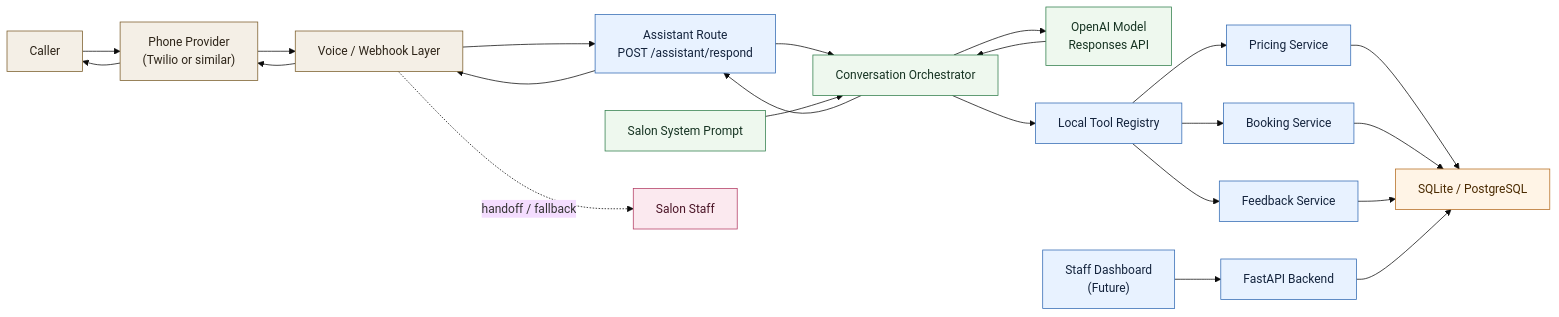
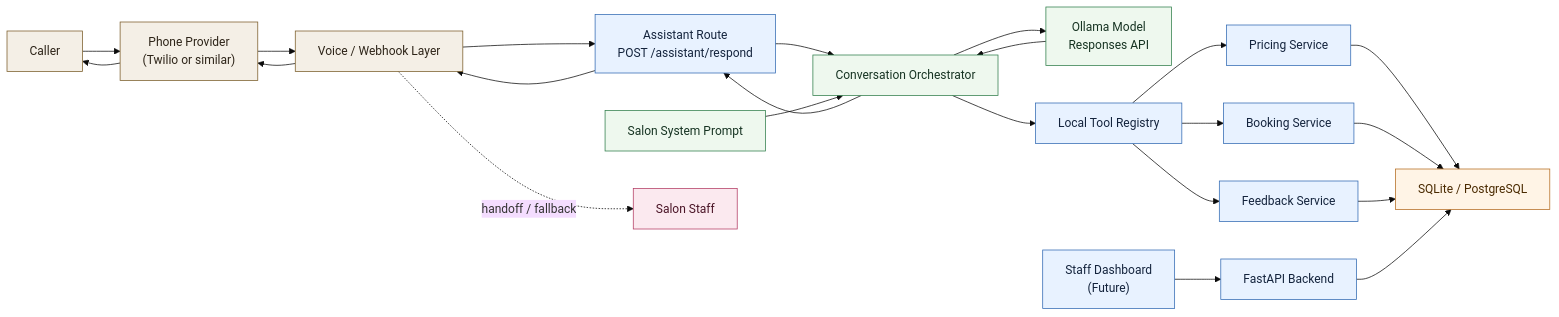
The diagram in docs/architecture-diagram.md (90lantran/salon-assistant), drawn with Mermaid (base theme) before and after one commit.

Commit message:
fixed model name

````diff
--- a/docs/architecture-diagram.md
+++ b/docs/architecture-diagram.md
@@ -5,52 +5,52 @@
 ```mermaid
 flowchart LR
     caller["Caller"]
     phone["Phone Provider\n(Twilio or similar)"]
     webhook["Voice / Webhook Layer"]
     api["FastAPI Backend"]
     assistant["Assistant Route\nPOST /assistant/respond"]
     orchestrator["Conversation Orchestrator"]
     prompt["Salon System Prompt"]
-    model["OpenAI Model\nResponses API"]
+    model["Ollama Model\nResponses API"]
     tools["Local Tool Registry"]
     pricing["Pricing Service"]
     booking["Booking Service"]
     feedback["Feedback Service"]
     db["SQLite / PostgreSQL"]
     dashboard["Staff Dashboard\n(Future)"]
     staff["Salon Staff"]
 
     caller --> phone
     phone --> webhook
     webhook --> assistant
     assistant --> orchestrator
     prompt --> orchestrator
     orchestrator --> model
     model --> orchestrator
     orchestrator --> tools
     tools --> pricing
     tools --> booking
     tools --> feedback
     pricing --> db
     booking --> db
     feedback --> db
     dashboard --> api
     api --> db
     orchestrator --> assistant
     assistant --> webhook
     webhook --> phone
     phone --> caller
     webhook -. "handoff / fallback" .-> staff
 
     classDef external fill:#f4efe6,stroke:#7a5c28,color:#2d2418;
     classDef backend fill:#e8f2ff,stroke:#3169b3,color:#14243d;
     classDef ai fill:#eef8ee,stroke:#2f7d4a,color:#163322;
     classDef data fill:#fff4e6,stroke:#b46b1f,color:#4a2a00;
     classDef human fill:#fbe9ef,stroke:#b33a62,color:#4a1426;
 
     class caller,phone,webhook external;
     class api,assistant,tools,pricing,booking,feedback,dashboard backend;
     class orchestrator,prompt,model ai;
     class db data;
     class staff human;
 ```
````
